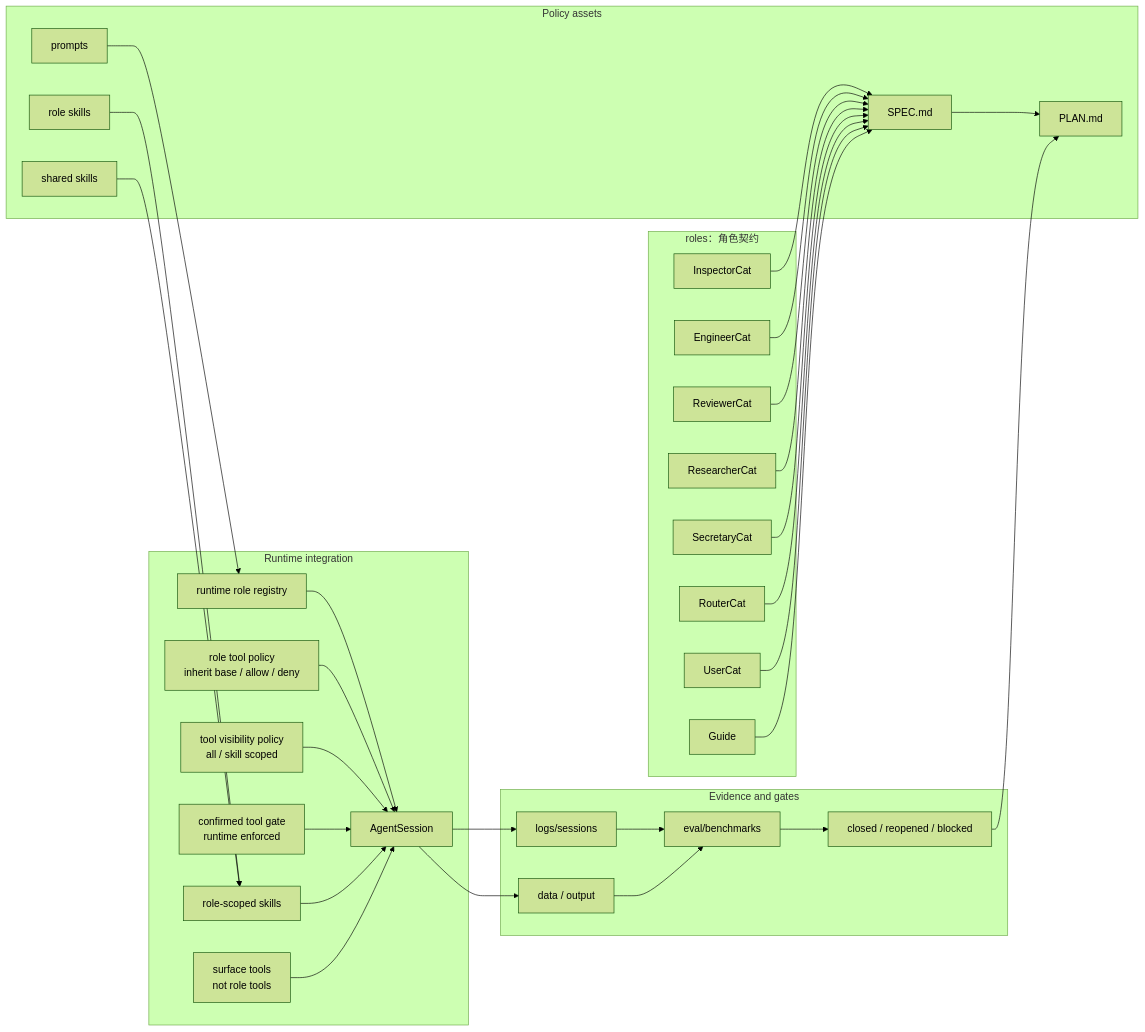
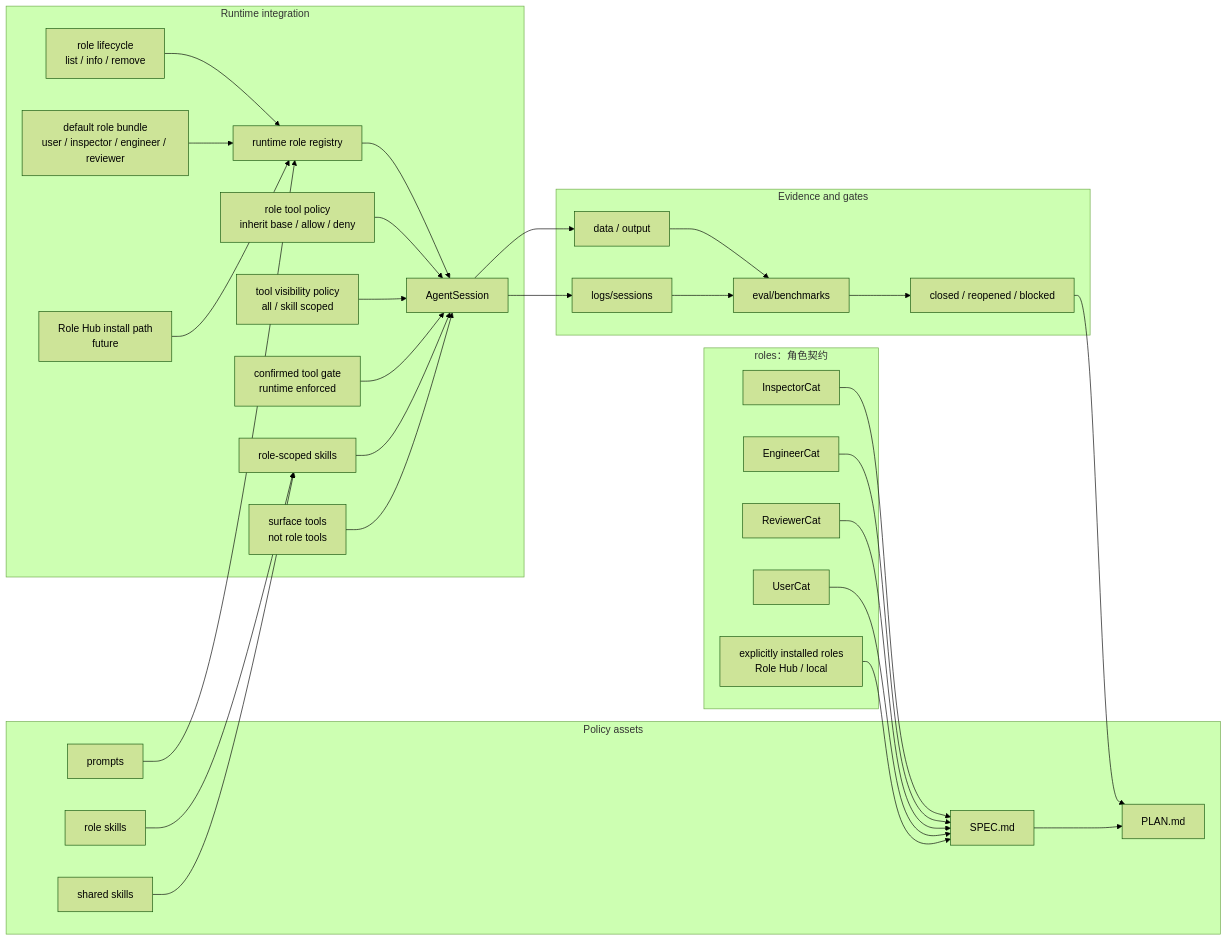
One commit to fightheyyy/XiaoBa-CLI changed the second of 2 diagrams in roles/SPEC.md. Above: the diagram before and after it, drawn with Mermaid (forest theme). The commit also changed other lines of this file and 100 other files, not shown here.

````diff
--- a/roles/SPEC.md
+++ b/roles/SPEC.md
@@ -137,63 +122,63 @@
 ```mermaid
 flowchart LR
     subgraph Roles["roles：角色契约"]
         Inspector["InspectorCat"]
         Engineer["EngineerCat"]
         Reviewer["ReviewerCat"]
-        Researcher["ResearcherCat"]
-        Secretary["SecretaryCat"]
-        Router["RouterCat"]
         User["UserCat"]
-        Guide["Guide"]
+        InstalledRoles["explicitly installed roles<br/>Role Hub / local"]
     end
 
     subgraph Policies["Policy assets"]
         Specs["SPEC.md"]
         Plans["PLAN.md"]
         Prompts["prompts"]
         RoleSkills["role skills"]
         SharedSkills["shared skills"]
     end
 
     subgraph Runtime["Runtime integration"]
         Registry["runtime role registry"]
+        RoleLifecycle["role lifecycle<br/>list / info / remove"]
+        DefaultBundle["default role bundle<br/>user / inspector / engineer / reviewer"]
+        RoleHub["Role Hub install path<br/>future"]
         ToolPolicy["role tool policy<br/>inherit base / allow / deny"]
         ToolVisibility["tool visibility policy<br/>all / skill scoped"]
         ConfirmGate["confirmed tool gate<br/>runtime enforced"]
         SkillPolicy["role-scoped skills"]
         SurfaceTools["surface tools<br/>not role tools"]
         Sessions["AgentSession"]
     end
 
     subgraph Evidence["Evidence and gates"]
         Logs["logs/sessions"]
         Artifacts["data / output"]
         Benchmarks["eval/benchmarks"]
         Decisions["closed / reopened / blocked"]
     end
 
     Inspector --> Specs
     Engineer --> Specs
     Reviewer --> Specs
-    Researcher --> Specs
-    Secretary --> Specs
-    Router --> Specs
     User --> Specs
-    Guide --> Specs
+    InstalledRoles --> Specs
     Specs --> Plans
+    DefaultBundle --> Registry
+    RoleHub --> Registry
+    RoleLifecycle --> Registry
     Prompts --> Registry
     RoleSkills --> SkillPolicy
     SharedSkills --> SkillPolicy
     Registry --> Sessions
     ToolPolicy --> Sessions
     ToolVisibility --> Sessions
     ConfirmGate --> Sessions
     SkillPolicy --> Sessions
     SurfaceTools --> Sessions
     Sessions --> Logs
     Sessions --> Artifacts
     Logs --> Benchmarks
     Artifacts --> Benchmarks
     Benchmarks --> Decisions
     Decisions --> Plans
 ```
````
